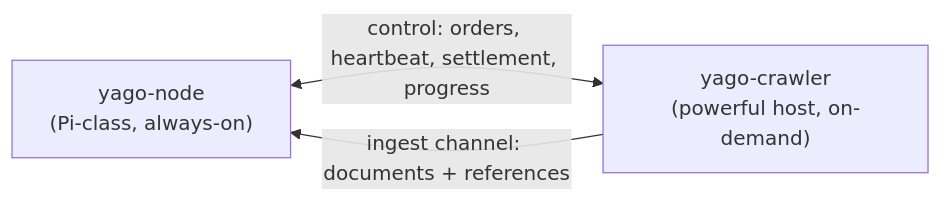
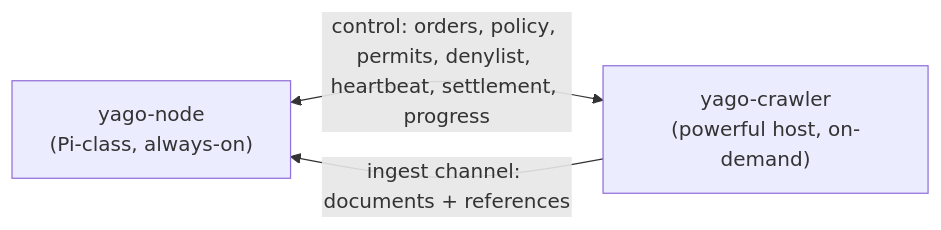
The diagram in yago-crawler/README.md (D4rk4/yago), drawn with Mermaid before and after one commit. The commit also changed other lines of this file and 577 other files, not shown here.

````diff
--- a/yago-crawler/README.md
+++ b/yago-crawler/README.md
@@ -25,7 +25,7 @@
 ```mermaid
 flowchart LR
     node["yago-node<br/>(Pi-class, always-on)"]
     crawler["yago-crawler<br/>(powerful host, on-demand)"]
-    node <-->|control: orders, heartbeat, settlement, progress| crawler
+    node <-->|control: orders, policy, permits, denylist, heartbeat, settlement, progress| crawler
     crawler -- "ingest channel: documents + references" --> node
 ```
````
